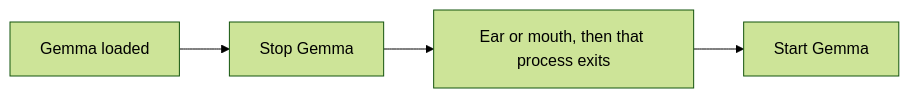
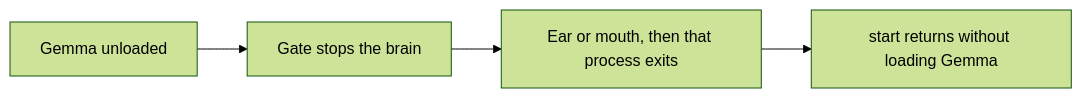
One commit to wgabrys88/Trident changed the second of 3 diagrams in README.md. Above: the diagram before and after it, drawn with Mermaid (forest theme). The commit also changed other lines of this file and 2 other files, not shown here.

Commit message:
Seat the consult model for decisions and leave Gemma unloaded.

````diff
--- a/README.md
+++ b/README.md
@@ -43,6 +43,6 @@
 ```mermaid
 flowchart LR
-  gemma["Gemma loaded"] --> stopGemma["Stop Gemma"]
-  stopGemma --> specialist["Ear or mouth, then that process exits"]
-  specialist --> startGemma["Start Gemma"]
+  unloaded["Gemma unloaded"] --> gateStop["Gate stops the brain"]
+  gateStop --> specialist["Ear or mouth, then that process exits"]
+  specialist --> gateStart["start returns without loading Gemma"]
 ```
````
